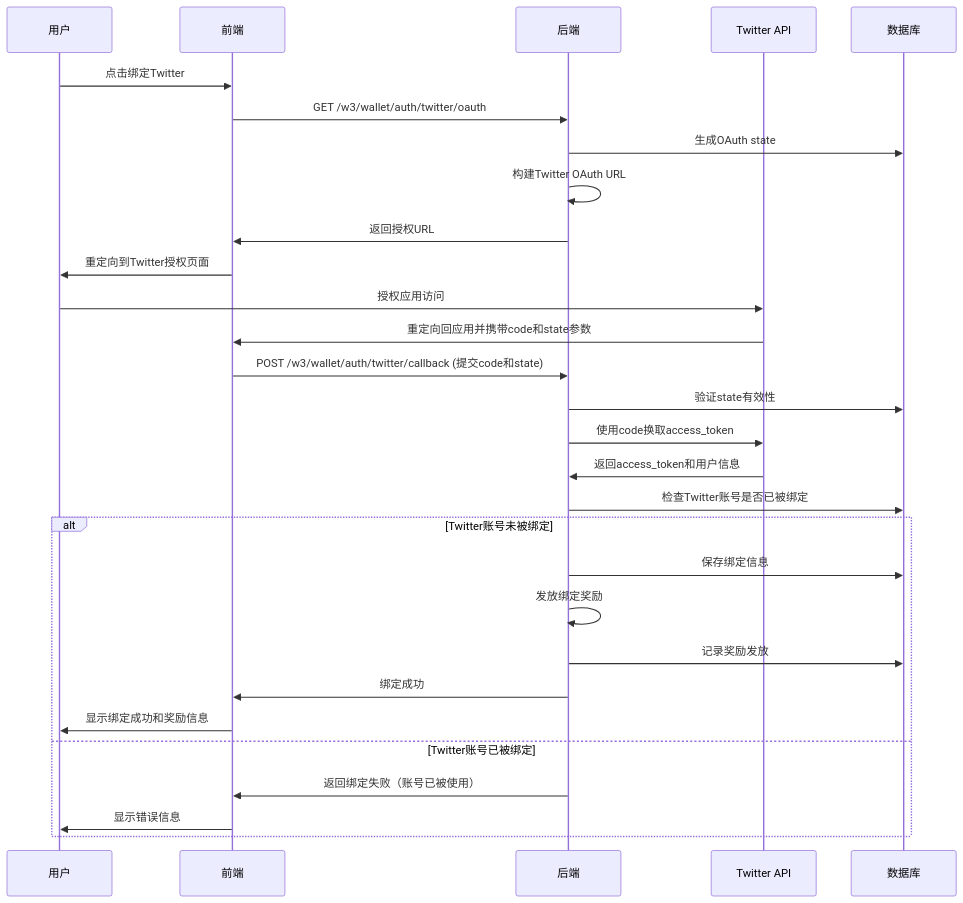
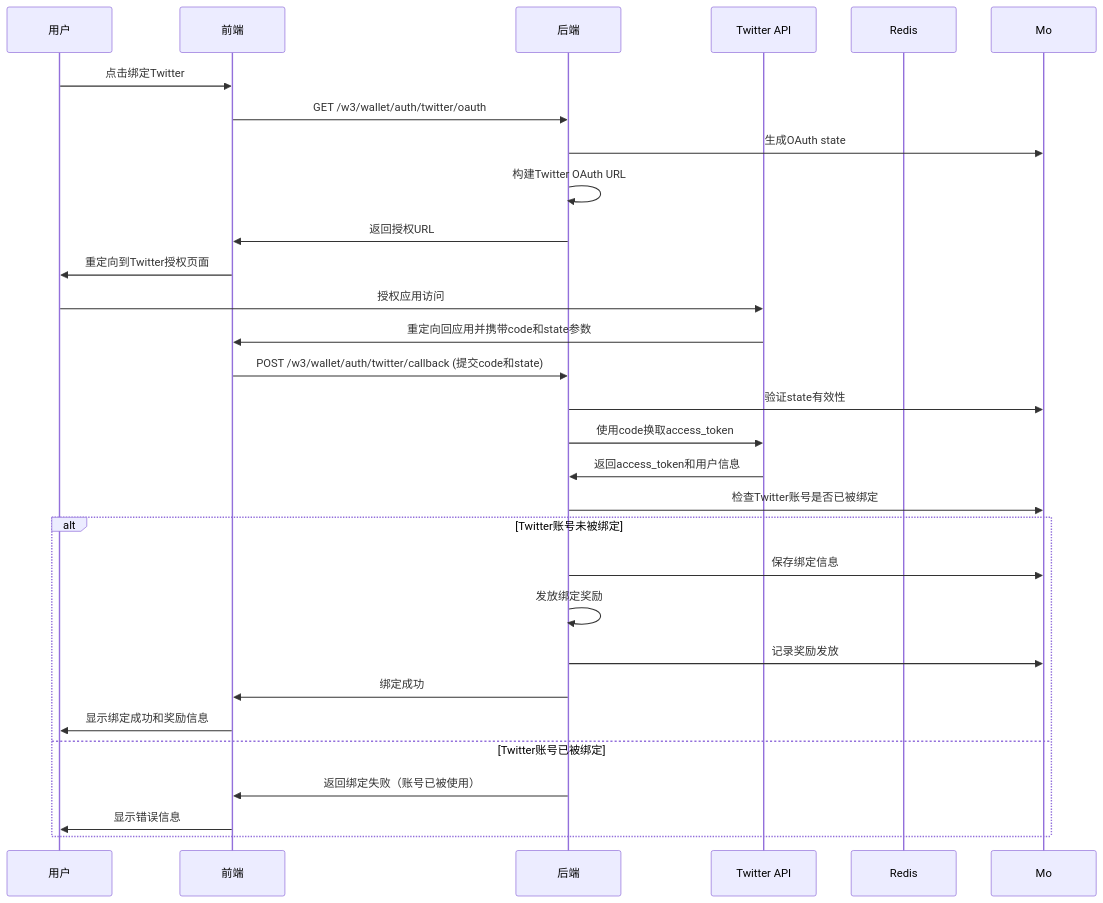
One commit to yingjianzh/iodraw-files changed the diagram in all/未命名-73.md. Above: the diagram before and after it, drawn with Mermaid.

Commit message:
2025-07-07 10:54:22 update

````diff
--- a/all/未命名-73.md
+++ b/all/未命名-73.md
@@ -1,38 +1,38 @@
 ```mermaid
 
 sequenceDiagram
     participant User as 用户
     participant Frontend as 前端
     participant Backend as 后端
     participant Twitter as Twitter API
-    participant DB as Redis
-     participant DB as 数据库
+    participant Redis as Redis
+    participant DB as Mo
 
 
     User->>Frontend: 点击绑定Twitter
     Frontend->>Backend: GET /w3/wallet/auth/twitter/oauth
     Backend->>DB: 生成OAuth state
     Backend->>Backend: 构建Twitter OAuth URL
     Backend->>Frontend: 返回授权URL
     Frontend->>User: 重定向到Twitter授权页面
     
     User->>Twitter: 授权应用访问
     Twitter->>Frontend: 重定向回应用并携带code和state参数
     Frontend->>Backend: POST /w3/wallet/auth/twitter/callback (提交code和state)
     Backend->>DB: 验证state有效性
     Backend->>Twitter: 使用code换取access_token
     Twitter->>Backend: 返回access_token和用户信息
     Backend->>DB: 检查Twitter账号是否已被绑定
     
     alt Twitter账号未被绑定
         Backend->>DB: 保存绑定信息
         Backend->>Backend: 发放绑定奖励
         Backend->>DB: 记录奖励发放
         Backend->>Frontend: 绑定成功
         Frontend->>User: 显示绑定成功和奖励信息
     else Twitter账号已被绑定
         Backend->>Frontend: 返回绑定失败（账号已被使用）
         Frontend->>User: 显示错误信息
     end
 
 ```
````
